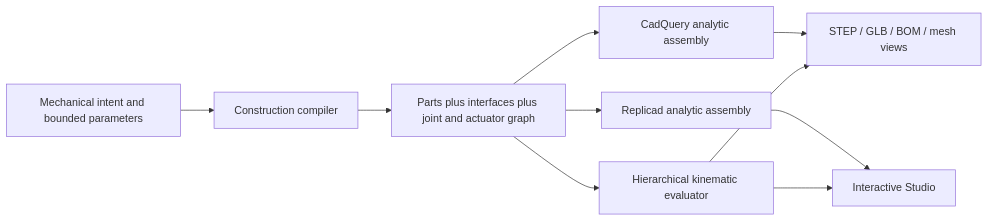
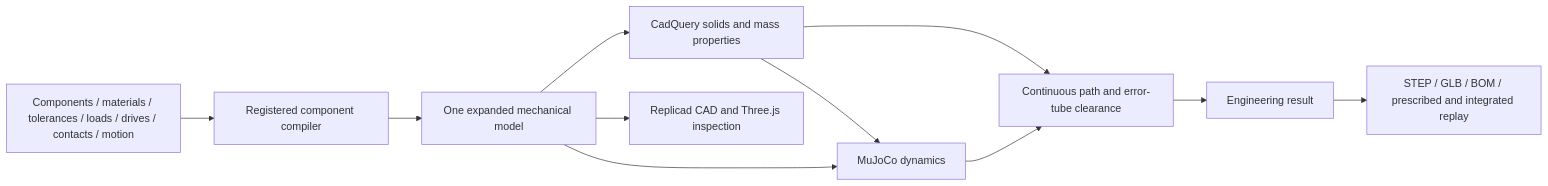
One commit to cybrdelic/cybr-geo changed the diagram in docs/CONSTRUCTIVE_MECHANISMS.md. Above: the diagram before and after it, drawn with Mermaid. The commit also changed other lines of this file and 67 other files, not shown here.

Commit message:
Unify mechanical sources, motion and MuJoCo engineering

````diff
--- a/docs/CONSTRUCTIVE_MECHANISMS.md
+++ b/docs/CONSTRUCTIVE_MECHANISMS.md
@@ -9,12 +8,13 @@
 ```mermaid
 flowchart LR
-  Intent[Mechanical intent and bounded parameters] --> Compiler[Construction compiler]
-  Compiler --> Plan[Parts plus interfaces plus joint and actuator graph]
-  Plan --> Native[CadQuery analytic assembly]
-  Plan --> Browser[Replicad analytic assembly]
-  Plan --> Motion[Hierarchical kinematic evaluator]
-  Native --> Artifacts[STEP / GLB / BOM / mesh views]
-  Browser --> Studio[Interactive Studio]
-  Motion --> Artifacts
-  Motion --> Studio
+  Source[Components / materials / tolerances / loads / drives / contacts / motion] --> Compiler[Registered component compiler]
+  Compiler --> Model[One expanded mechanical model]
+  Model --> Native[CadQuery solids and mass properties]
+  Model --> Browser[Replicad CAD and Three.js inspection]
+  Native --> Simulation[MuJoCo dynamics]
+  Model --> Simulation
+  Native --> Envelope[Continuous path and error-tube clearance]
+  Simulation --> Envelope
+  Envelope --> Gate[Engineering result]
+  Gate --> Exports[STEP / GLB / BOM / prescribed and integrated replay]
 ```
````
